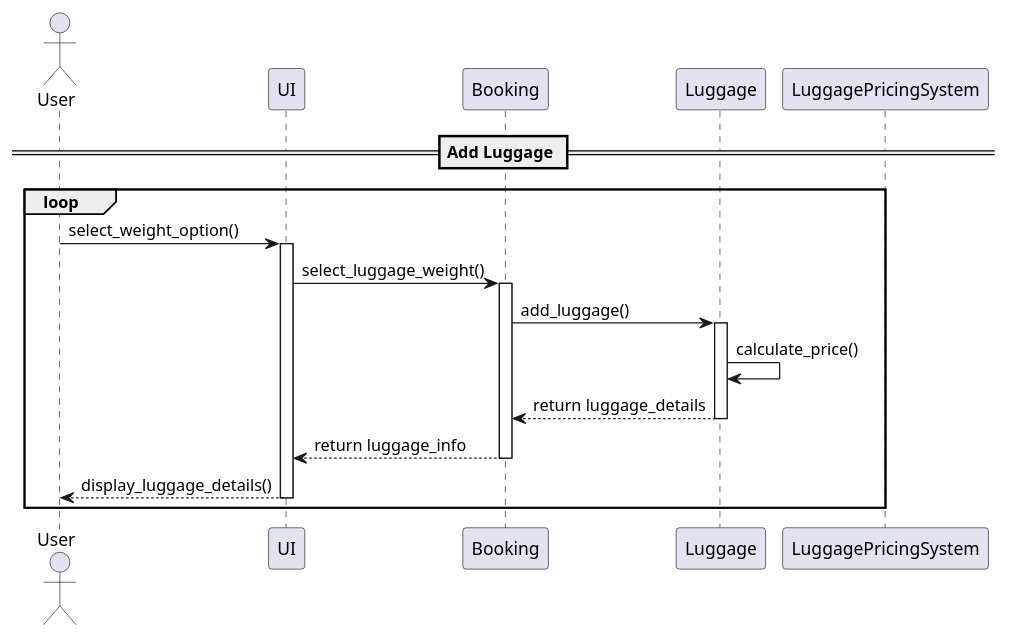
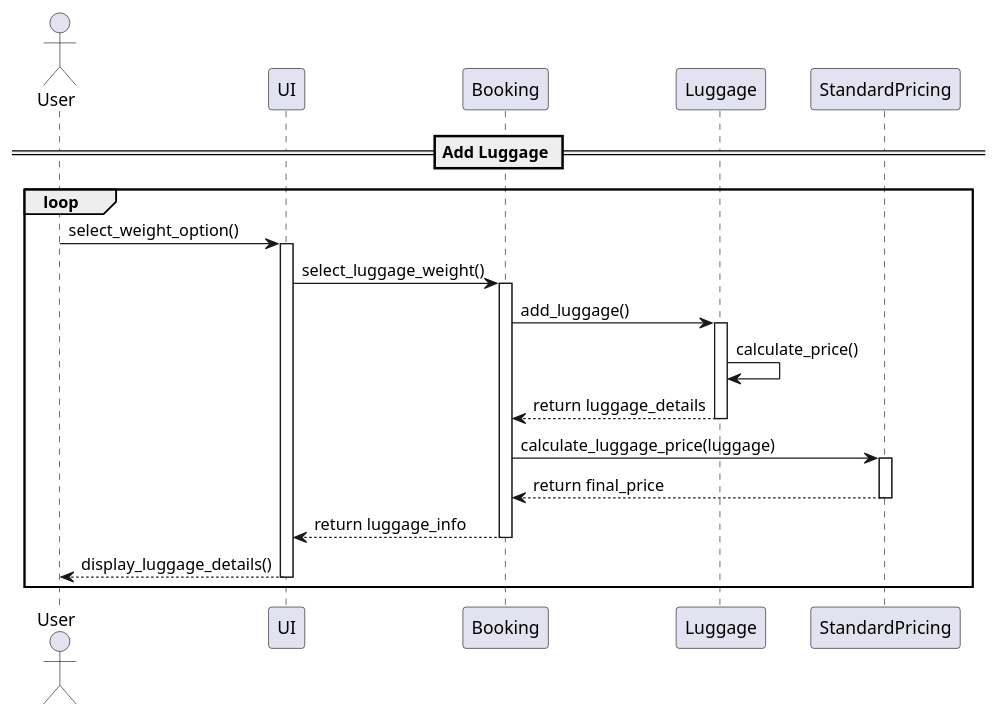
Before and after one commit to Nonnnchun/OOP_project: the diagram in .Shit-airline/sequenceDiagram/SelectLuggage.plantuml, drawn with PlantUML. The commit also changed 4 other files, not shown here.

```diff
--- a/.Shit-airline/sequenceDiagram/SelectLuggage.plantuml
+++ b/.Shit-airline/sequenceDiagram/SelectLuggage.plantuml
@@ -1,26 +1,30 @@
 @startuml AddLuggage
 actor "User" as user
 participant UI
 participant Booking
 participant Luggage
-participant LuggagePricingSystem
+participant StandardPricing
 
 == Add Luggage ==
 
 loop
     user -> UI: select_weight_option()
     activate UI
     UI -> Booking: select_luggage_weight()
     activate Booking
     Booking -> Luggage: add_luggage()
     activate Luggage
     Luggage -> Luggage: calculate_price()
     Luggage --> Booking: return luggage_details
     deactivate Luggage
+    Booking -> StandardPricing: calculate_luggage_price(luggage)
+    activate StandardPricing
+    StandardPricing --> Booking: return final_price
+    deactivate StandardPricing
     Booking --> UI: return luggage_info
     deactivate Booking
     UI --> user: display_luggage_details()
     deactivate UI
 end
 
 @enduml
```
